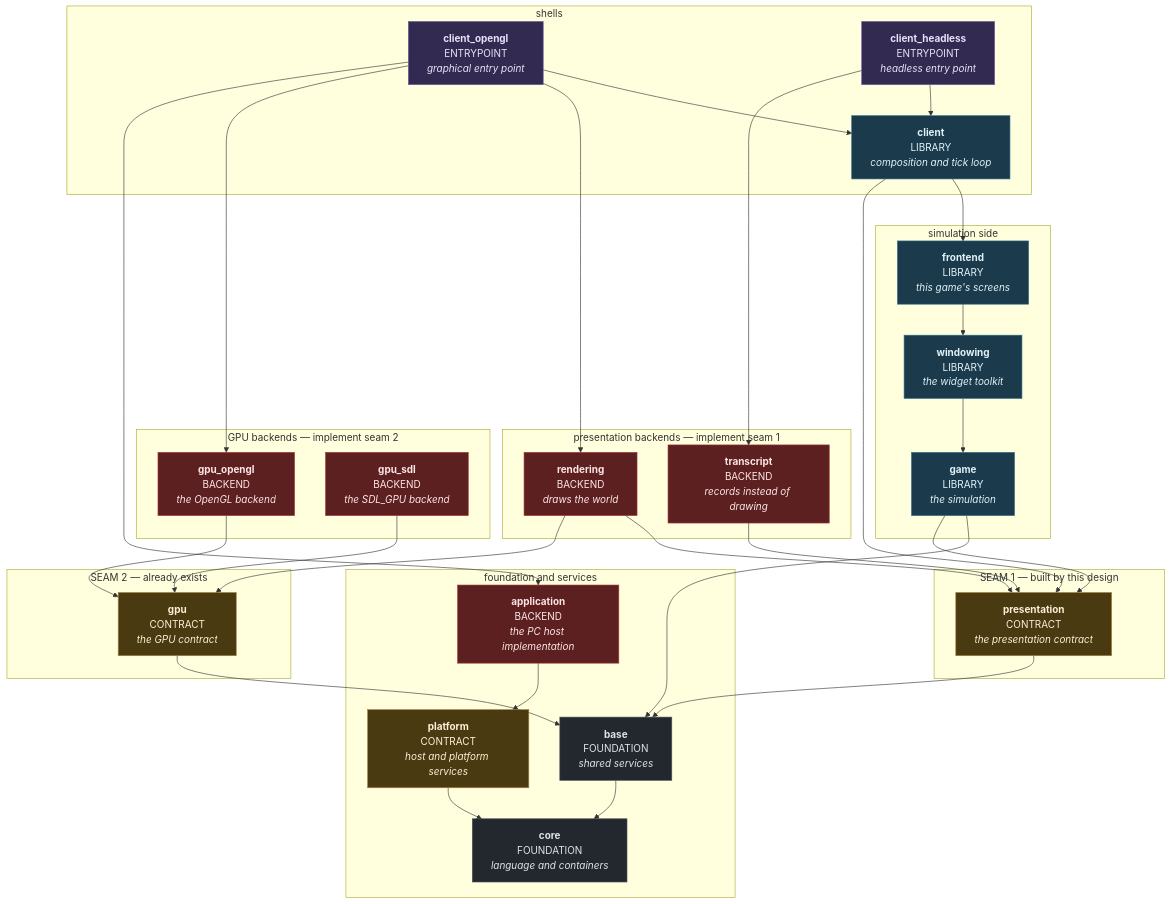
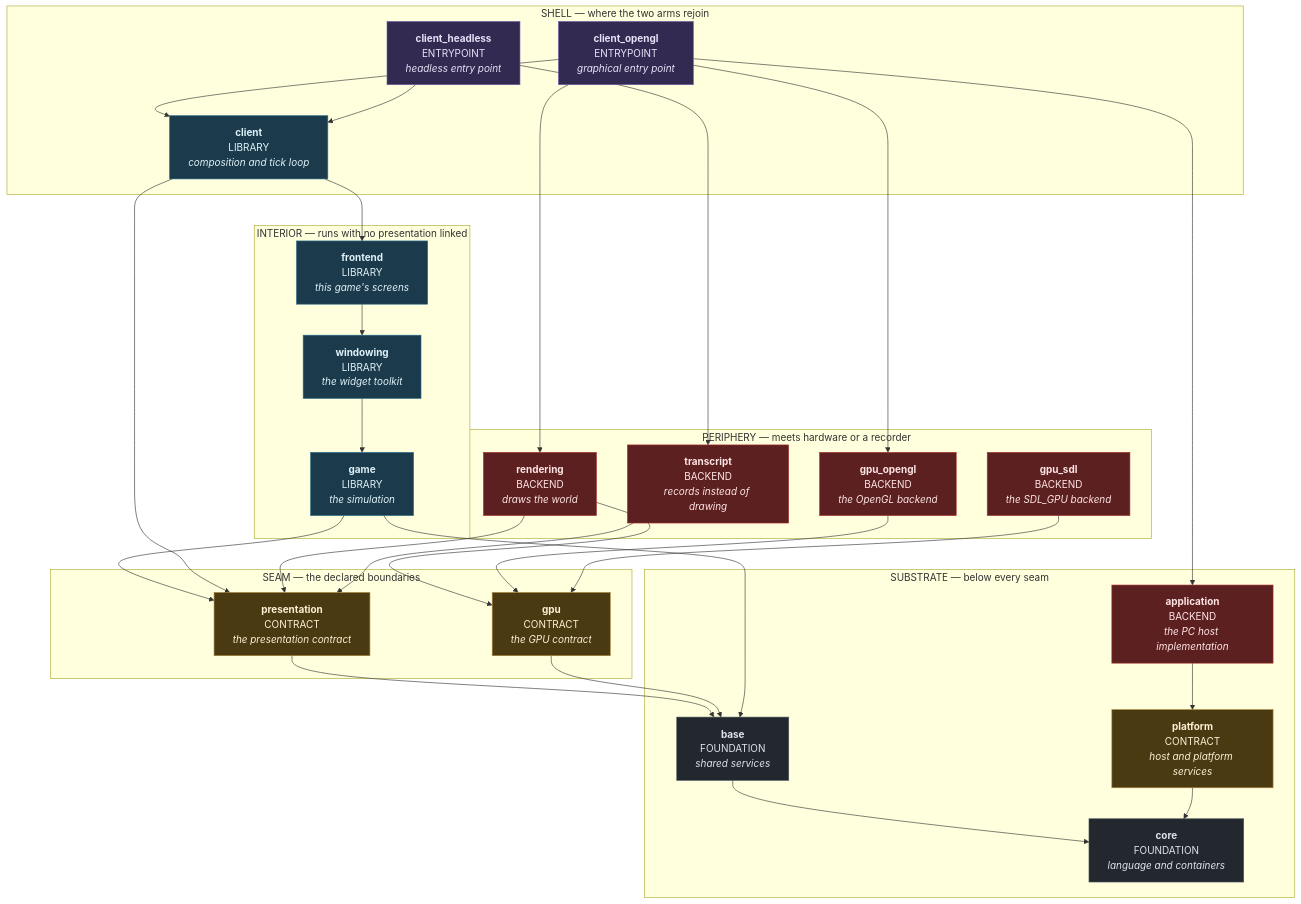
Before and after one commit to apnex/OpenStarbound: the second of 2 diagrams in docs/superpowers/specs/2026-08-01-sovereign-headless-client-design.md, drawn with Mermaid. The commit also changed other lines of this file, not shown here.

````diff
--- a/docs/superpowers/specs/2026-08-01-sovereign-headless-client-design.md
+++ b/docs/superpowers/specs/2026-08-01-sovereign-headless-client-design.md
@@ -316,73 +335,67 @@
 ```mermaid
 flowchart TD
-  subgraph FOUND ["foundation and services"]
-    core["<b>core</b><br/>FOUNDATION<br/><i>language and containers</i>"]
-    base["<b>base</b><br/>FOUNDATION<br/><i>shared services</i>"]
-    platform["<b>platform</b><br/>CONTRACT<br/><i>host and platform services</i>"]
-    app["<b>application</b><br/>BACKEND<br/><i>the PC host implementation</i>"]
+  subgraph Z_SHELL ["SHELL — where the two arms rejoin"]
+    shell["<b>client</b><br/>LIBRARY<br/><i>composition and tick loop</i>"]
+    cgl["<b>client_opengl</b><br/>ENTRYPOINT<br/><i>graphical entry point</i>"]
+    chl["<b>client_headless</b><br/>ENTRYPOINT<br/><i>headless entry point</i>"]
   end
 
-  subgraph SEAM1 ["SEAM 1 — built by this design"]
-    contract["<b>presentation</b><br/>CONTRACT<br/><i>the presentation contract</i>"]
+  subgraph Z_INT ["INTERIOR — runs with no presentation linked"]
+    front["<b>frontend</b><br/>LIBRARY<br/><i>this game's screens</i>"]
+    win["<b>windowing</b><br/>LIBRARY<br/><i>the widget toolkit</i>"]
+    game["<b>game</b><br/>LIBRARY<br/><i>the simulation</i>"]
   end
 
-  subgraph SIM ["simulation side"]
-    game["<b>game</b><br/>LIBRARY<br/><i>the simulation</i>"]
-    win["<b>windowing</b><br/>LIBRARY<br/><i>the widget toolkit</i>"]
-    front["<b>frontend</b><br/>LIBRARY<br/><i>this game's screens</i>"]
-  end
-
-  subgraph PB ["presentation backends — implement seam 1"]
+  subgraph Z_PER ["PERIPHERY — meets hardware or a recorder"]
     rend["<b>rendering</b><br/>BACKEND<br/><i>draws the world</i>"]
     tr["<b>transcript</b><br/>BACKEND<br/><i>records instead of drawing</i>"]
-  end
-
-  subgraph SEAM2 ["SEAM 2 — already exists"]
-    gpu["<b>gpu</b><br/>CONTRACT<br/><i>the GPU contract</i>"]
-  end
-
-  subgraph GB ["GPU backends — implement seam 2"]
     glb["<b>gpu_opengl</b><br/>BACKEND<br/><i>the OpenGL backend</i>"]
     sdlb["<b>gpu_sdl</b><br/>BACKEND<br/><i>the SDL_GPU backend</i>"]
   end
 
-  subgraph SH ["shells"]
-    shell["<b>client</b><br/>LIBRARY<br/><i>composition and tick loop</i>"]
-    cgl["<b>client_opengl</b><br/>ENTRYPOINT<br/><i>graphical entry point</i>"]
-    chl["<b>client_headless</b><br/>ENTRYPOINT<br/><i>headless entry point</i>"]
+  subgraph Z_SEAM ["SEAM — the declared boundaries"]
+    contract["<b>presentation</b><br/>CONTRACT<br/><i>the presentation contract</i>"]
+    gpu["<b>gpu</b><br/>CONTRACT<br/><i>the GPU contract</i>"]
+  end
+
+  subgraph Z_SUB ["SUBSTRATE — below every seam"]
+    app["<b>application</b><br/>BACKEND<br/><i>the PC host implementation</i>"]
+    platform["<b>platform</b><br/>CONTRACT<br/><i>host and platform services</i>"]
+    base["<b>base</b><br/>FOUNDATION<br/><i>shared services</i>"]
+    core["<b>core</b><br/>FOUNDATION<br/><i>language and containers</i>"]
   end
 
   base --> core
   platform --> core
   app --> platform
   contract --> base
   gpu --> base
   game --> base
   game --> contract
   win --> game
   front --> win
   shell --> front
   shell --> contract
   rend --> contract
   rend --> gpu
   tr --> contract
   glb --> gpu
   sdlb --> gpu
   cgl --> shell
   cgl --> rend
   cgl --> glb
   cgl --> app
   chl --> shell
   chl --> tr
 
   classDef kFoundation fill:#23282f,stroke:#4a545e,color:#dfe4ea
   classDef kContract   fill:#4a3a12,stroke:#a8813a,color:#fdf0d5
   classDef kBackend    fill:#5c2020,stroke:#aa3333,color:#ffe5e5
   classDef kLibrary    fill:#1b3a4b,stroke:#2c6e8f,color:#e0f2f9
   classDef kEntrypoint fill:#332a52,stroke:#6d5fa8,color:#e8e2f8
   class core,base kFoundation
   class platform,contract,gpu kContract
   class app,rend,tr,glb,sdlb kBackend
   class game,win,front,shell kLibrary
   class cgl,chl kEntrypoint
 ```
````
